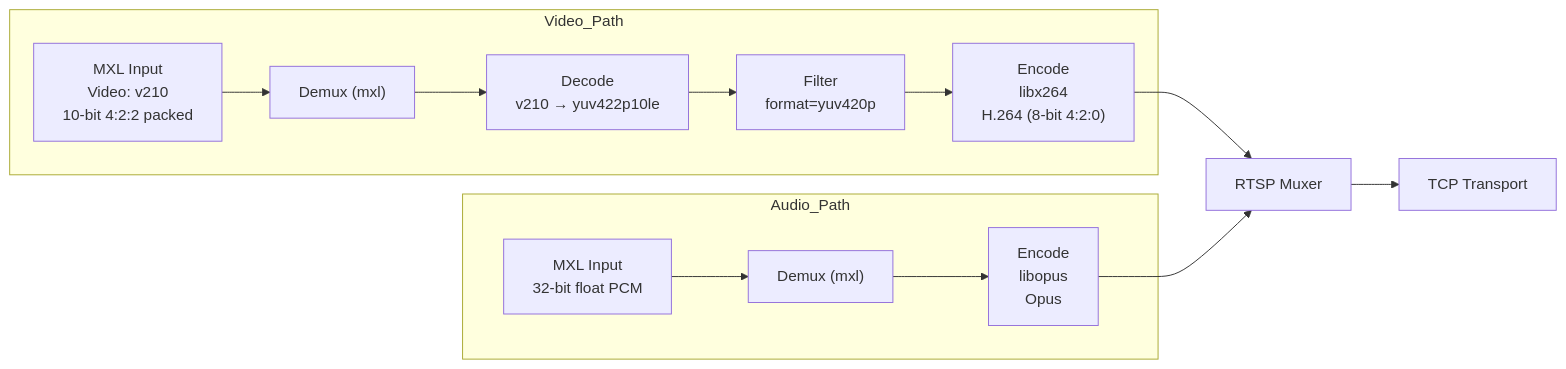
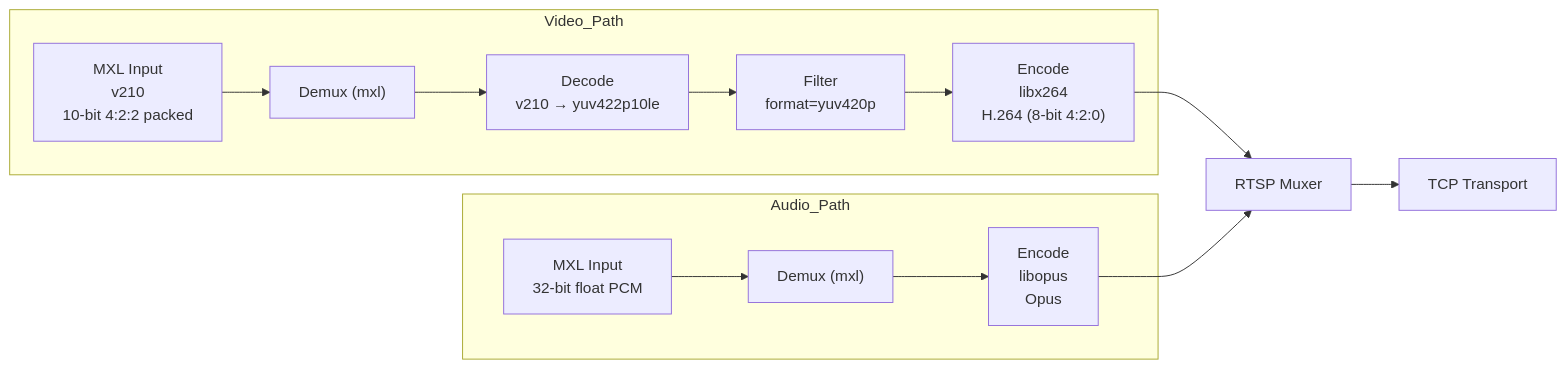
One commit to cbcrc/guidance-for-building-ffmpeg-with-mxl changed the first of 2 diagrams in docs/streaming.md. Above: the diagram before and after it, drawn with Mermaid. The commit also changed other lines of this file, not shown here.

Commit message:
diagram label polish

````diff
--- a/docs/streaming.md
+++ b/docs/streaming.md
@@ -45,24 +45,24 @@
 ```mermaid
 flowchart LR
 
     subgraph Video_Path
-        VIn["MXL Input<br/>Video: v210<br/>10-bit 4:2:2 packed"]
+        VIn["MXL Input<br/>v210<br/>10-bit 4:2:2 packed"]
         VDemux["Demux (mxl)"]
         VDec["Decode<br/>v210 → yuv422p10le"]
         VFilter["Filter<br/>format=yuv420p"]
         VEnc["Encode<br/>libx264<br/>H.264 (8-bit 4:2:0)"]
     end
 
     subgraph Audio_Path
         AIn["MXL Input<br/>32-bit float PCM"]
         ADemux["Demux (mxl)"]
         AEnc["Encode<br/>libopus<br/>Opus"]
     end
 
     Mux["RTSP Muxer"]
     Net["TCP Transport"]
 
     VIn --> VDemux --> VDec --> VFilter --> VEnc --> Mux
     AIn --> ADemux --> AEnc --> Mux
     Mux --> Net
 ```
````
